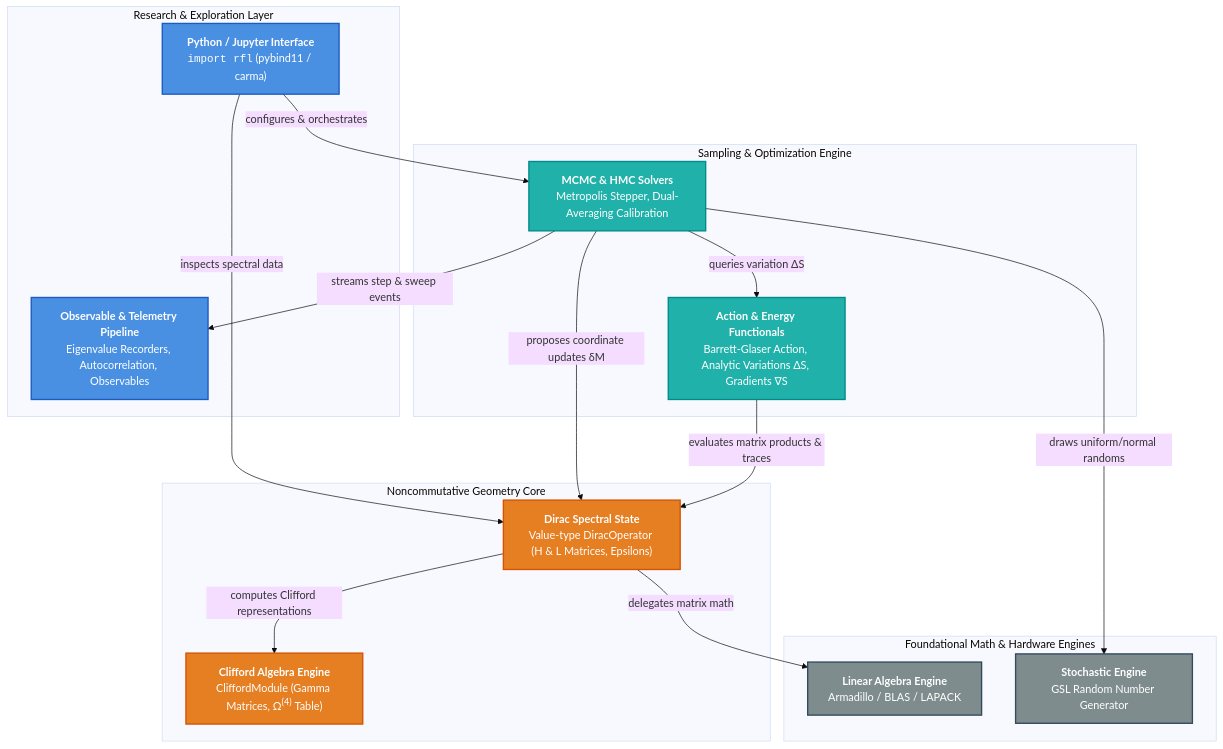
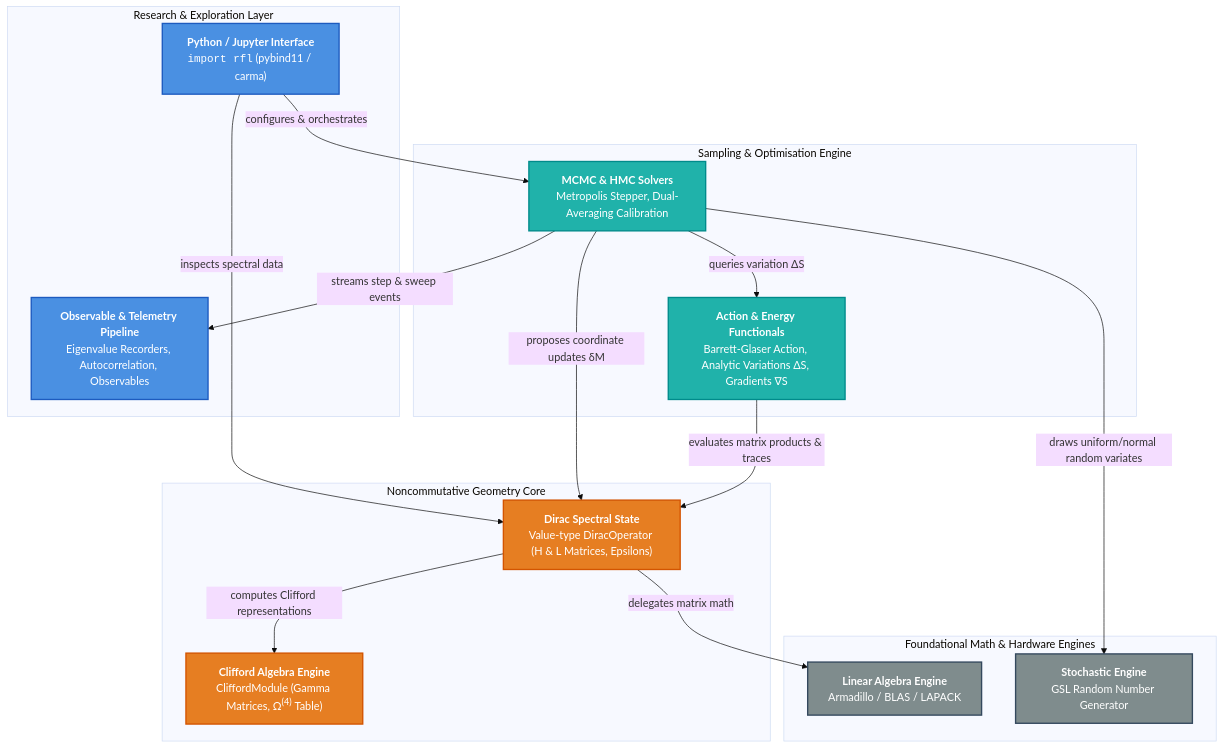
One commit to pauldruce/RFL changed the first of 3 diagrams in docs/Architecture.md. Above: the diagram before and after it, drawn with Mermaid (base theme). The commit also changed other lines of this file and 26 other files, not shown here.

````diff
--- a/docs/Architecture.md
+++ b/docs/Architecture.md
@@ -17,42 +17,42 @@
 ```mermaid
 flowchart TB
     subgraph UserLayer["Research & Exploration Layer"]
         Py["<b>Python / Jupyter Interface</b><br/><code>import rfl</code> (pybind11 / carma)"]
         Obs["<b>Observable & Telemetry Pipeline</b><br/>Eigenvalue Recorders, Autocorrelation, Observables"]
     end
 
-    subgraph SimulationCore["Sampling & Optimization Engine"]
+    subgraph SimulationCore["Sampling & Optimisation Engine"]
         Sampler["<b>MCMC & HMC Solvers</b><br/>Metropolis Stepper, Dual-Averaging Calibration"]
         Action["<b>Action & Energy Functionals</b><br/>Barrett-Glaser Action, Analytic Variations ΔS, Gradients ∇S"]
     end
 
     subgraph GeometryCore["Noncommutative Geometry Core"]
         Dirac["<b>Dirac Spectral State</b><br/>Value-type DiracOperator (H & L Matrices, Epsilons)"]
         Clifford["<b>Clifford Algebra Engine</b><br/>CliffordModule (Gamma Matrices, Ω<sup>(4)</sup> Table)"]
     end
 
     subgraph HardwareFoundations["Foundational Math & Hardware Engines"]
         Arma["<b>Linear Algebra Engine</b><br/>Armadillo / BLAS / LAPACK"]
         RNG["<b>Stochastic Engine</b><br/>GSL Random Number Generator"]
     end
 
     Py -->|configures & orchestrates| Sampler
     Py -->|inspects spectral data| Dirac
     Sampler -->|proposes coordinate updates δM| Dirac
     Sampler -->|queries variation ΔS| Action
     Sampler -->|streams step & sweep events| Obs
     Action -->|evaluates matrix products & traces| Dirac
     Dirac -->|computes Clifford representations| Clifford
     Dirac -->|delegates matrix math| Arma
-    Sampler -->|draws uniform/normal randoms| RNG
+    Sampler -->|draws uniform/normal random variates| RNG
 
     classDef userStyle fill:#4a90e2,stroke:#1d5bbf,stroke-width:2px,color:#fff;
     classDef simStyle fill:#20b2aa,stroke:#008b8b,stroke-width:2px,color:#fff;
     classDef geomStyle fill:#e67e22,stroke:#d35400,stroke-width:2px,color:#fff;
     classDef baseStyle fill:#7f8c8d,stroke:#34495e,stroke-width:2px,color:#fff;
 
     class Py,Obs userStyle;
     class Sampler,Action simStyle;
     class Dirac,Clifford geomStyle;
     class Arma,RNG baseStyle;
 ```
````
